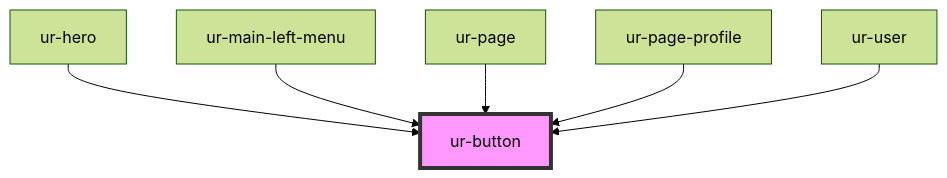
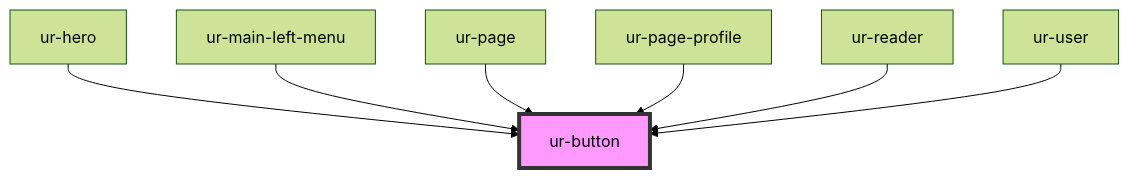
Before and after one commit to hellish/urnovl-web-components: the diagram in src/components/ur-button/readme.md, drawn with Mermaid (forest theme). The commit also changed other lines of this file and 19 other files, not shown here.

````diff
--- a/src/components/ur-button/readme.md
+++ b/src/components/ur-button/readme.md
@@ -30,9 +31,10 @@
 ```mermaid
 graph TD;
   ur-hero --> ur-button
   ur-main-left-menu --> ur-button
   ur-page --> ur-button
   ur-page-profile --> ur-button
+  ur-reader --> ur-button
   ur-user --> ur-button
   style ur-button fill:#f9f,stroke:#333,stroke-width:4px
 ```
````
